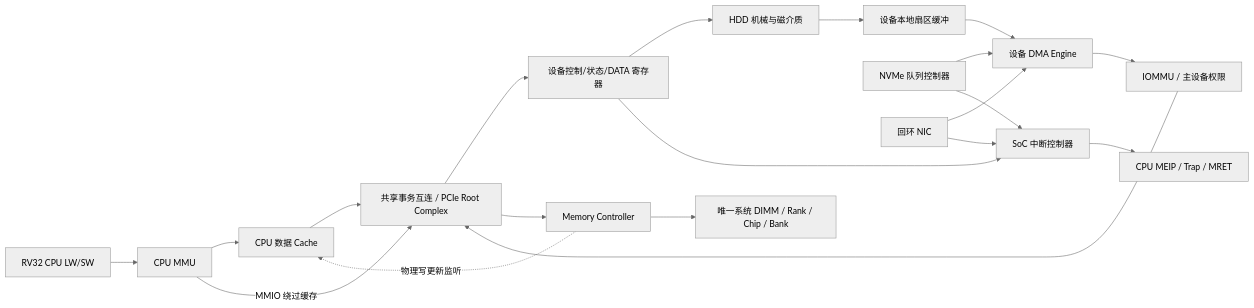
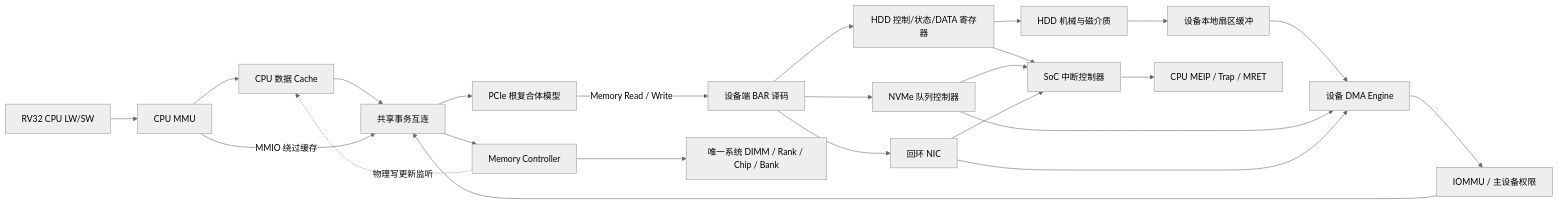
The diagram in docs/io-system.md (JerryBlackoo/computer-organization-lab), drawn with Mermaid (neutral theme) before and after one commit. The commit also changed other lines of this file and 24 other files, not shown here.

First line of the commit message:
Route device MMIO through PCIe BAR endpoints

````diff
--- a/docs/io-system.md
+++ b/docs/io-system.md
@@ -30,22 +30,26 @@
 ```mermaid
 flowchart LR
     CPU[RV32 CPU LW/SW] --> MMU[CPU MMU]
     MMU --> CACHE[CPU 数据 Cache]
-    CACHE --> BUS[共享事务互连 / PCIe Root Complex]
+    CACHE --> BUS[共享事务互连]
     MMU -->|MMIO 绕过缓存| BUS
-    BUS --> REG[设备控制/状态/DATA 寄存器]
+    BUS --> ROOT[PCIe 根复合体模型]
+    ROOT -->|Memory Read / Write| BAR[设备端 BAR 译码]
+    BAR --> REG[HDD 控制/状态/DATA 寄存器]
+    BAR --> NVME
+    BAR --> NIC
     REG --> HDD[HDD 机械与磁介质]
     HDD --> BUF[设备本地扇区缓冲]
     BUF --> DMA[设备 DMA Engine]
     NVME[NVMe 队列控制器] --> DMA
     NIC[回环 NIC] --> DMA
     DMA --> IOMMU[IOMMU / 主设备权限]
     IOMMU --> BUS
     BUS --> MC[Memory Controller]
     MC --> DIMM[唯一系统 DIMM / Rank / Chip / Bank]
     MC -.物理写更新监听.-> CACHE
     REG --> IRQ[SoC 中断控制器]
     NVME --> IRQ
     NIC --> IRQ
     IRQ --> TRAP[CPU MEIP / Trap / MRET]
 ```
````
